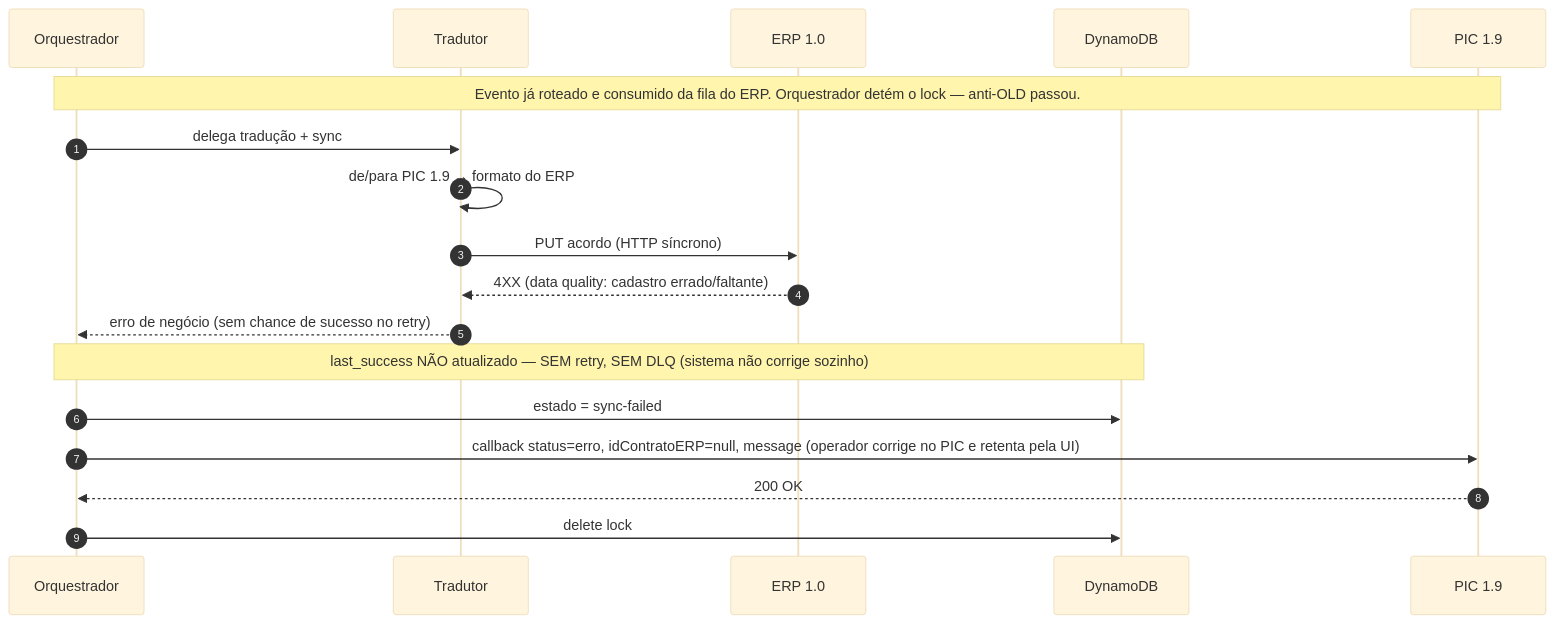
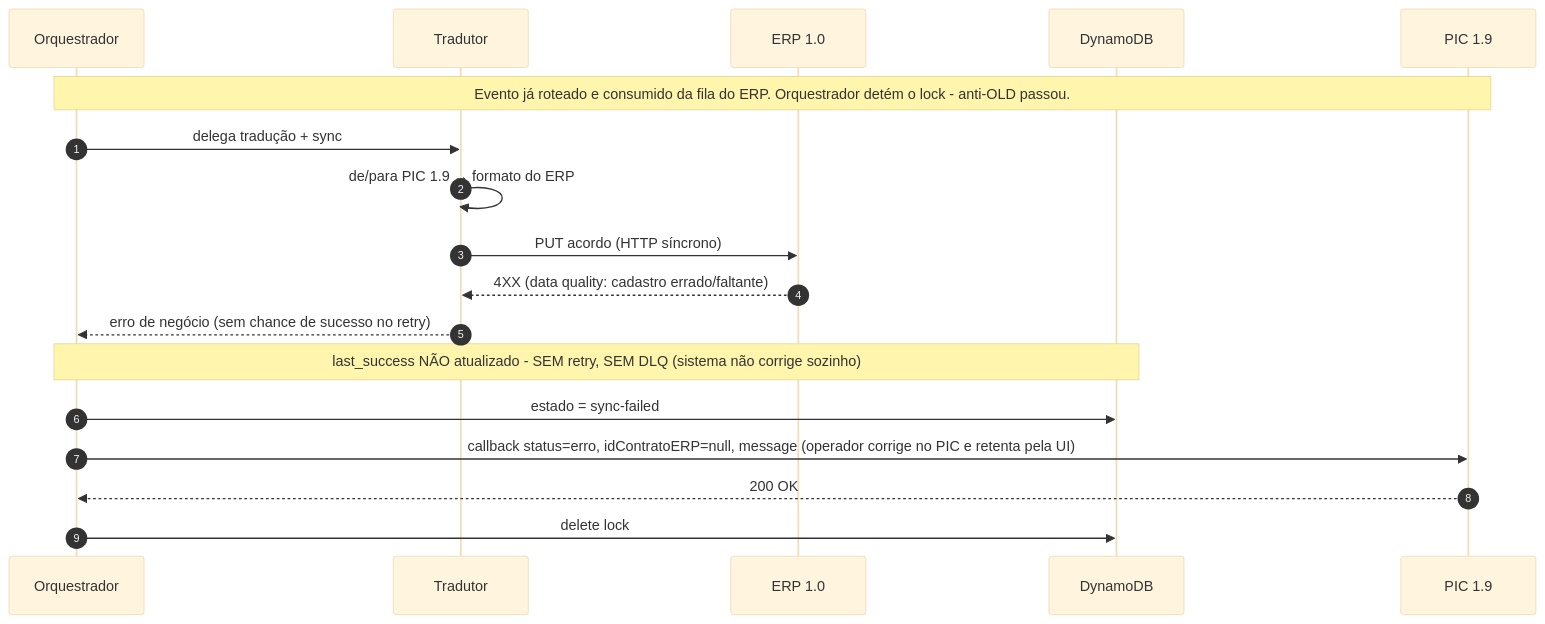
The fourth of 6 diagrams in configs/ai-docs/claude/skills/design-docs/references/example-good-hld.md (brunogsa/unix-utils), drawn with Mermaid (base theme) before and after one commit. The commit also changed other lines of this file and 350 other files, not shown here.

````diff
--- a/configs/ai-docs/claude/skills/design-docs/references/example-good-hld.md
+++ b/configs/ai-docs/claude/skills/design-docs/references/example-good-hld.md
@@ -836,21 +836,21 @@
 ```mermaid
 sequenceDiagram
   autonumber
   participant ORQ as Orquestrador
   participant TR as Tradutor
   participant ERP as ERP 1.0
   participant DDB as DynamoDB
   participant PIC as PIC 1.9
 
-  Note over ORQ,PIC: Evento já roteado e consumido da fila do ERP. Orquestrador detém o lock — anti-OLD passou.
+  Note over ORQ,PIC: Evento já roteado e consumido da fila do ERP. Orquestrador detém o lock - anti-OLD passou.
   ORQ->>TR: delega tradução + sync
   TR->>TR: de/para PIC 1.9 → formato do ERP
   TR->>ERP: PUT acordo (HTTP síncrono)
   ERP-->>TR: 4XX (data quality: cadastro errado/faltante)
   TR-->>ORQ: erro de negócio (sem chance de sucesso no retry)
-  Note over ORQ,DDB: last_success NÃO atualizado — SEM retry, SEM DLQ (sistema não corrige sozinho)
+  Note over ORQ,DDB: last_success NÃO atualizado - SEM retry, SEM DLQ (sistema não corrige sozinho)
   ORQ->>DDB: estado = sync-failed
   ORQ->>PIC: callback status=erro, idContratoERP=null, message (operador corrige no PIC e retenta pela UI)
   PIC-->>ORQ: 200 OK
   ORQ->>DDB: delete lock
 ```
````
